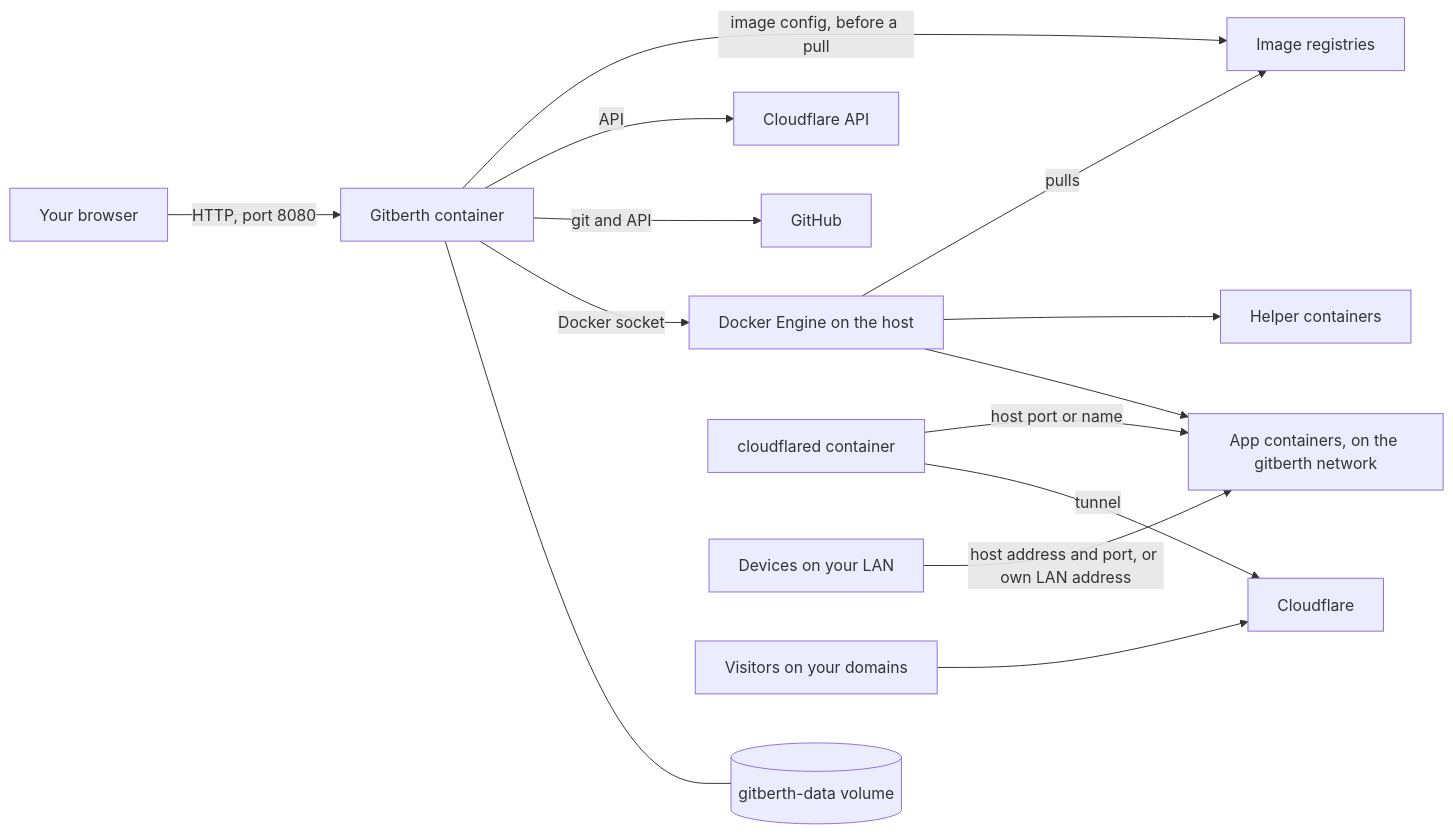
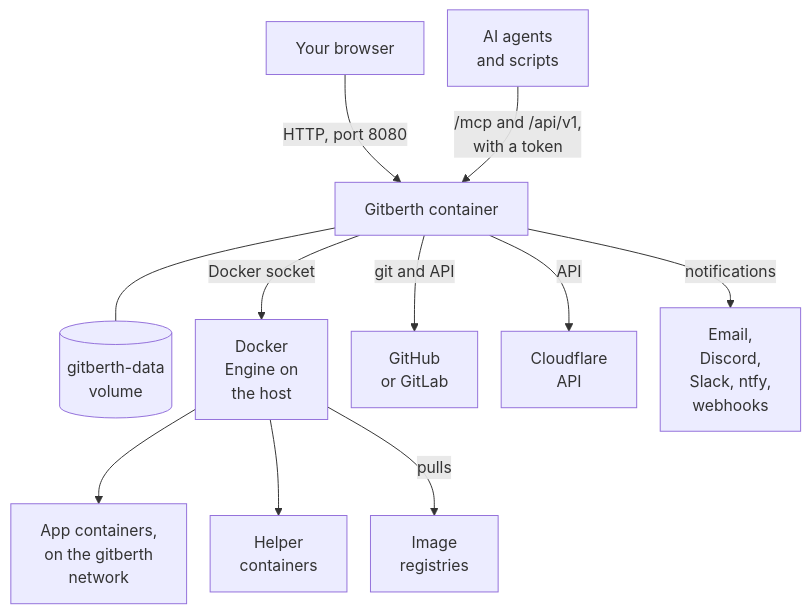
One commit to johnhowelljr/Gitberth changed the first of 2 diagrams in docs/concepts/architecture.md. Above: the diagram before and after it, drawn with Mermaid. The commit also changed other lines of this file and 272 other files, not shown here.

````diff
--- a/docs/concepts/architecture.md
+++ b/docs/concepts/architecture.md
@@ -7,16 +7,14 @@
 ```mermaid
-flowchart LR
+%%{init: {"flowchart": {"nodeSpacing": 24}}}%%
+flowchart TB
     browser["Your browser"] -->|"HTTP, port 8080"| gitberth["Gitberth container"]
-    gitberth --- data[("gitberth-data volume")]
-    gitberth -->|"Docker socket"| engine["Docker Engine on the host"]
-    gitberth -->|"git and API"| github["GitHub"]
-    gitberth -->|"API"| cfapi["Cloudflare API"]
-    engine --> apps["App containers, on the gitberth network"]
-    engine --> helpers["Helper containers"]
-    engine -->|"pulls"| registries["Image registries"]
-    gitberth -->|"image config, before a pull"| registries
-    cloudflared["cloudflared container"] -->|"tunnel"| cfedge["Cloudflare"]
-    cloudflared -->|"host port or name"| apps
-    lan["Devices on your LAN"] -->|"host address and port, or own LAN address"| apps
-    visitors["Visitors on your domains"] --> cfedge
+    agents["AI agents<br/>and scripts"] -->|"/mcp and /api/v1,<br/>with a token"| gitberth
+    gitberth --- data[("gitberth-data<br/>volume")]
+    gitberth -->|"Docker socket"| engine["Docker<br/>Engine on<br/>the host"]
+    gitberth -->|"git and API"| git["GitHub<br/>or GitLab"]
+    gitberth -->|"API"| cfapi["Cloudflare<br/>API"]
+    gitberth -->|"notifications"| notify["Email,<br/>Discord,<br/>Slack, ntfy,<br/>webhooks"]
+    engine --> apps["App containers,<br/>on the gitberth<br/>network"]
+    engine --> helpers["Helper<br/>containers"]
+    engine -->|"pulls"| registries["Image<br/>registries"]
 ```
````
